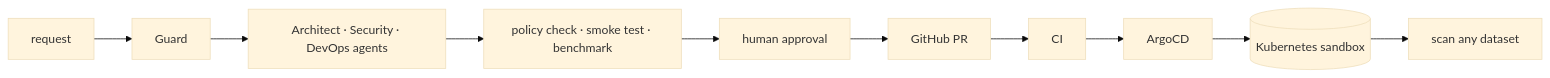
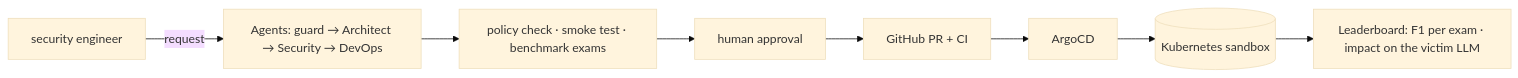
The diagram in README.md (RuntimeErrorGr/LLMSandbox), drawn with Mermaid (base theme) before and after one commit. The commit also changed other lines of this file and 102 other files, not shown here.

````diff
--- a/README.md
+++ b/README.md
@@ -10,7 +10,8 @@
 ```mermaid
 flowchart LR
-    you[request] --> guard[Guard] --> agents[Architect · Security · DevOps agents]
-    agents --> gates[policy check · smoke test · benchmark]
-    gates --> human[human approval] --> pr[GitHub PR] --> ci[CI] --> argo[ArgoCD]
-    argo --> sandbox[(Kubernetes sandbox)] --> scan[scan any dataset]
+    eng[security engineer] -->|request| agents[Agents: guard → Architect → Security → DevOps]
+    agents --> gates[policy check · smoke test · benchmark exams]
+    gates --> review[human approval] --> pr[GitHub PR + CI] --> argo[ArgoCD]
+    argo --> sandbox[(Kubernetes sandbox)]
+    sandbox --> board[Leaderboard: F1 per exam · impact on the victim LLM]
 ```
````
